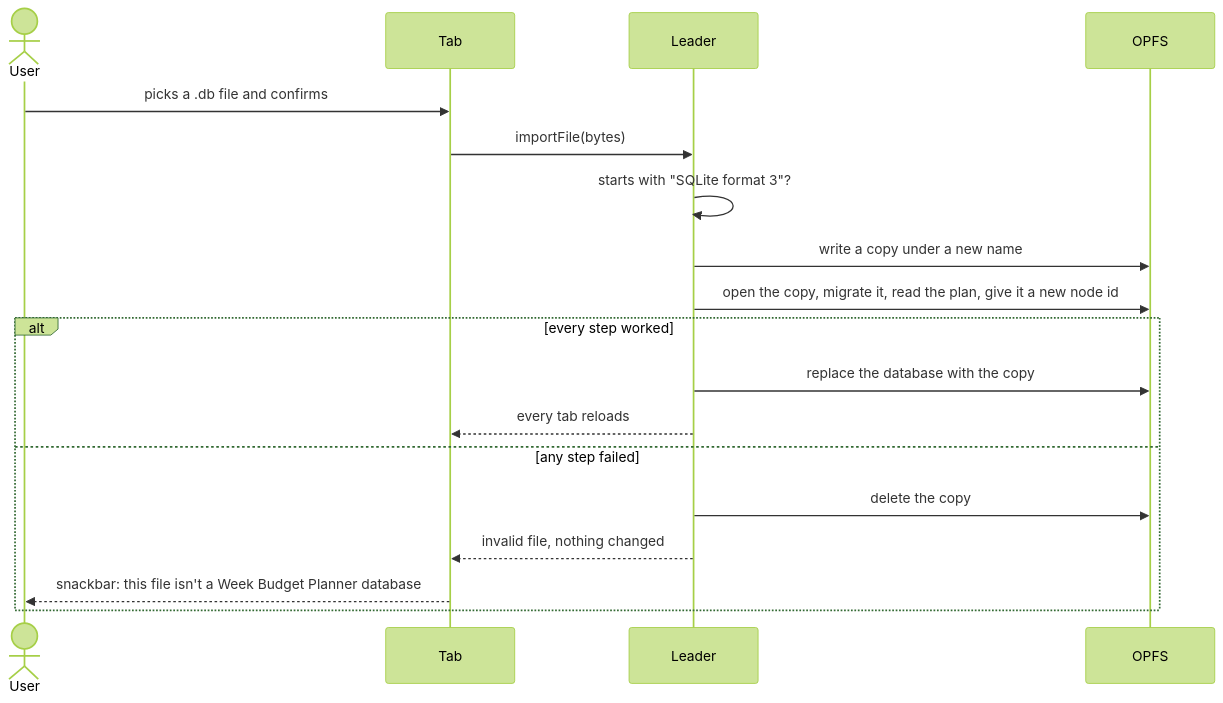
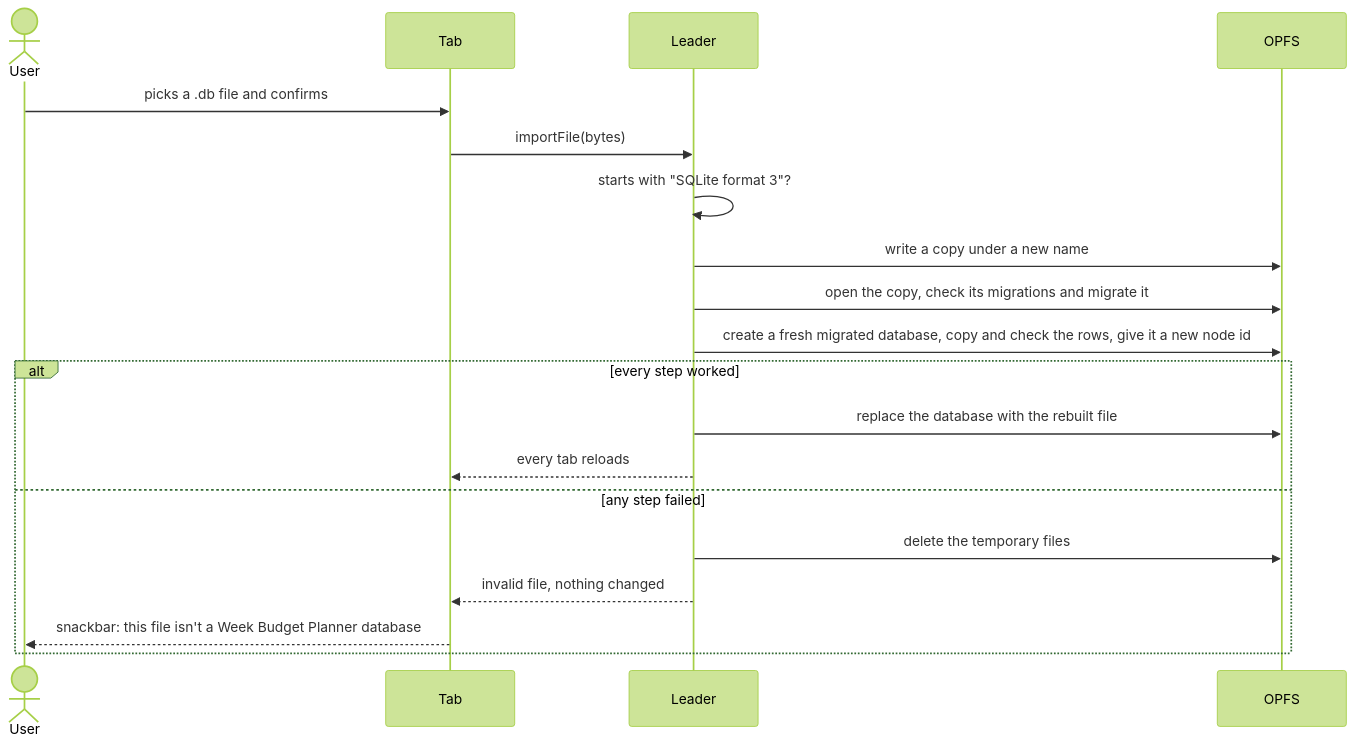
The third of 7 diagrams in docs/spec/persistence.md (SantaClaas/week-budget-planner), drawn with Mermaid (forest theme) before and after one commit. The commit also changed other lines of this file and 9 other files, not shown here.

First line of the commit message:
Rebuild imported databases into a fresh migrated schema (#124)

````diff
--- a/docs/spec/persistence.md
+++ b/docs/spec/persistence.md
@@ -120,20 +120,21 @@
 ```mermaid
 sequenceDiagram
   actor User
   participant Tab
   participant Leader
   participant OPFS
   User->>Tab: picks a .db file and confirms
   Tab->>Leader: importFile(bytes)
   Leader->>Leader: starts with "SQLite format 3"?
   Leader->>OPFS: write a copy under a new name
-  Leader->>OPFS: open the copy, migrate it, read the plan, give it a new node id
+  Leader->>OPFS: open the copy, check its migrations and migrate it
+  Leader->>OPFS: create a fresh migrated database, copy and check the rows, give it a new node id
   alt every step worked
-    Leader->>OPFS: replace the database with the copy
+    Leader->>OPFS: replace the database with the rebuilt file
     Leader-->>Tab: every tab reloads
   else any step failed
-    Leader->>OPFS: delete the copy
+    Leader->>OPFS: delete the temporary files
     Leader-->>Tab: invalid file, nothing changed
     Tab-->>User: snackbar: this file isn't a Week Budget Planner database
   end
 ```
````
